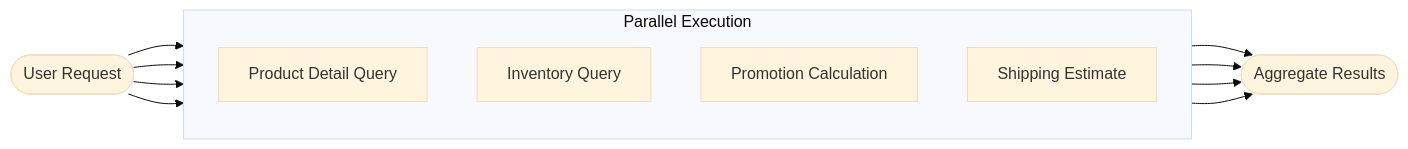
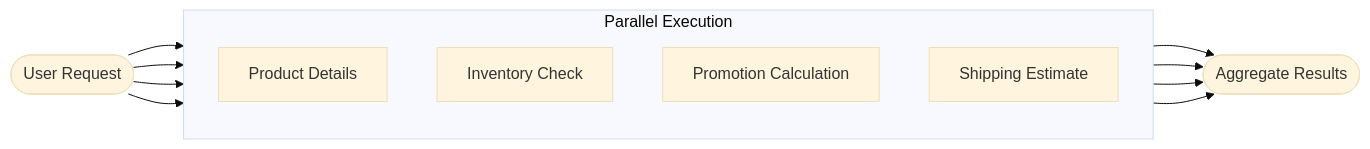
The second of 2 diagrams in docs/en/adavance-guide/graph.md (TBice123123/langchain-dev-utils), drawn with Mermaid (base theme) before and after one commit. The commit also changed other lines of this file and 23 other files, not shown here.

````diff
--- a/docs/en/adavance-guide/graph.md
+++ b/docs/en/adavance-guide/graph.md
@@ -213,24 +217,24 @@
 ```mermaid
 graph LR
     Start([User Request])
     
     subgraph Parallel [Parallel Execution]
         direction TB
-        Prod[Product Detail Query]
-        Inv[Inventory Query]
+        Prod[Product Details]
+        Inv[Inventory Check]
         Prom[Promotion Calculation]
         Ship[Shipping Estimate]
     end
     
     End([Aggregate Results])
 
     Start --> Prod
     Start --> Inv
     Start --> Prom
     Start --> Ship
 
     Prod --> End
     Inv --> End
     Prom --> End
     Ship --> End
 ```
````
